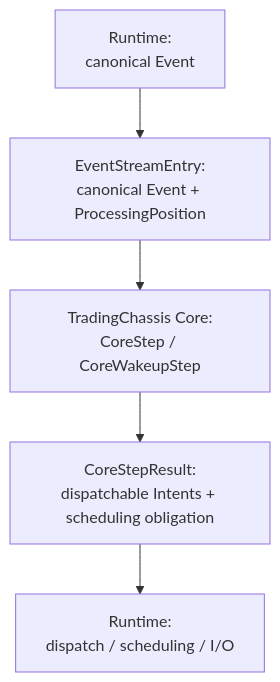
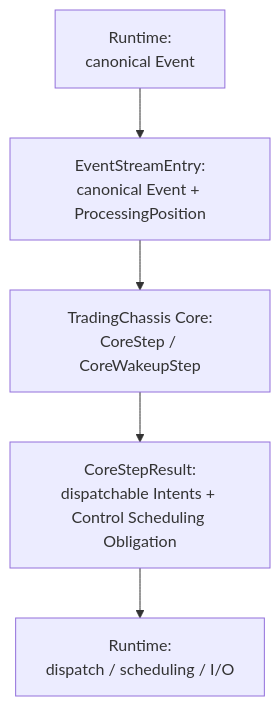
The diagram in README.md (trading-engineering/trading-platform), drawn with Mermaid before and after one commit. The commit also changed other lines of this file and 11 other files, not shown here.

````diff
--- a/README.md
+++ b/README.md
@@ -53,7 +53,7 @@
 ```mermaid
 flowchart TB
     R1["Runtime:<br/>canonical Event"] --> Entry["EventStreamEntry:<br/>canonical Event + ProcessingPosition"]
     Entry --> Core["TradingChassis Core:<br/>CoreStep / CoreWakeupStep"]
-    Core --> Result["CoreStepResult:<br/>dispatchable Intents + scheduling obligation"]
+    Core --> Result["CoreStepResult:<br/>dispatchable Intents + Control Scheduling Obligation"]
     Result --> R2["Runtime:<br/>dispatch / scheduling / I/O"]
 ```
````
